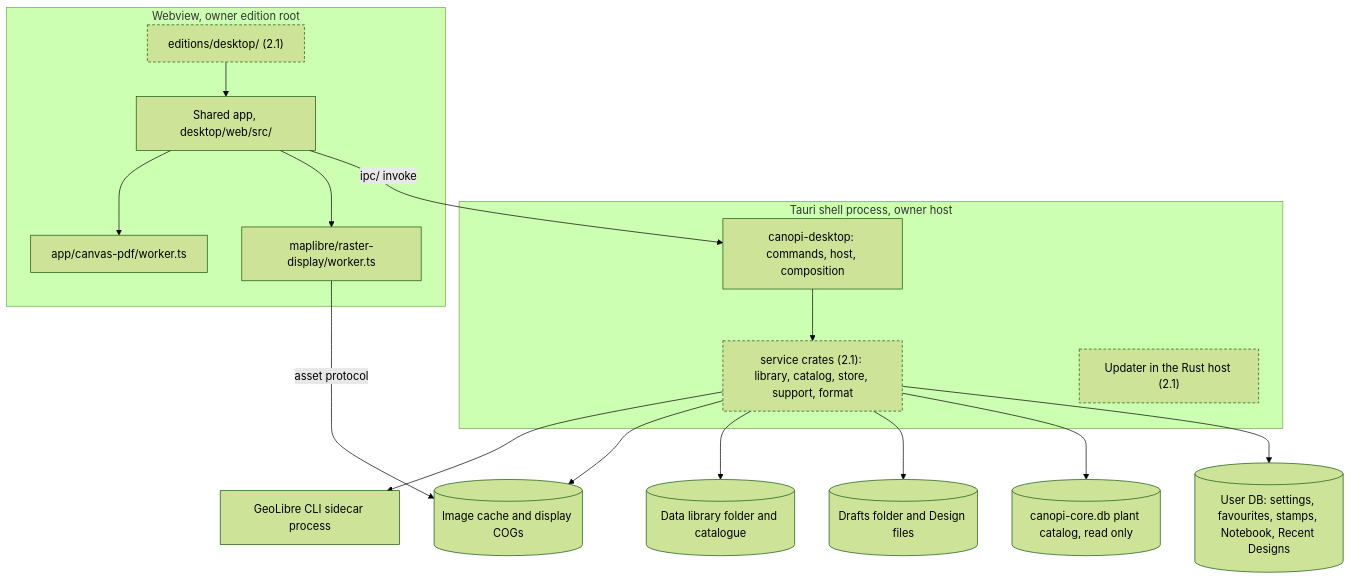
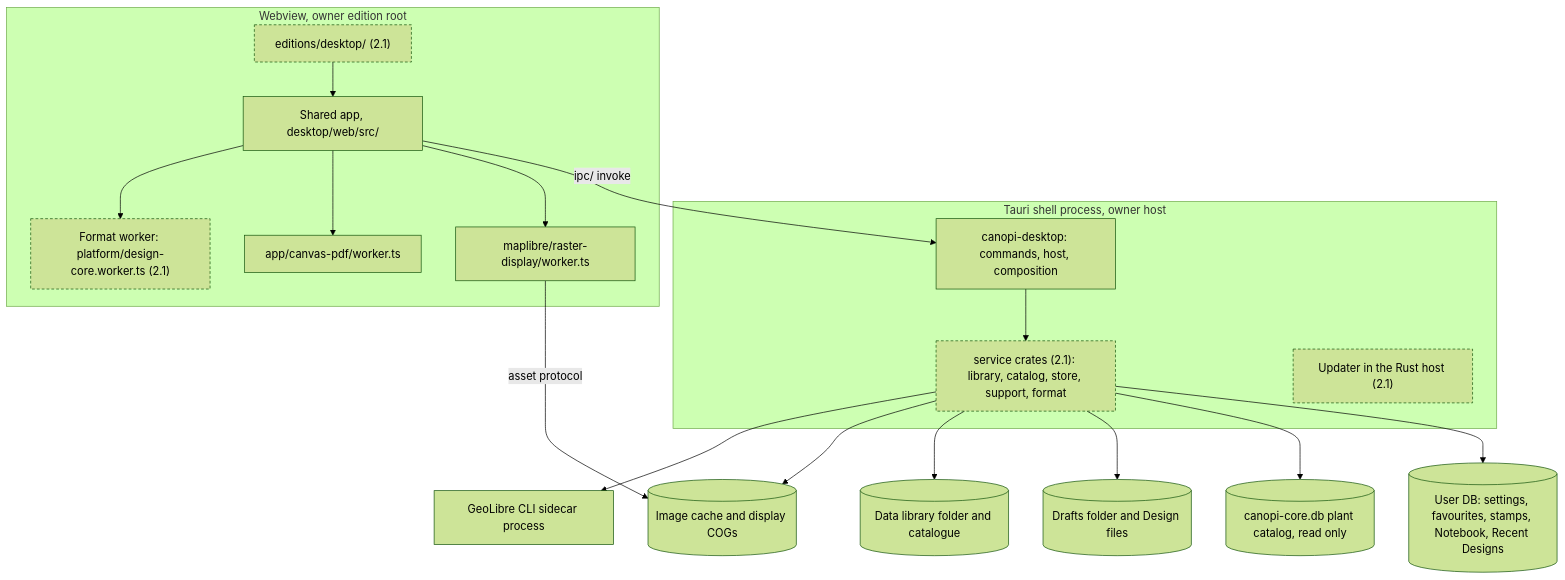
The second of 8 diagrams in docs/architecture/components.md (opencanopi/canopi), drawn with Mermaid (forest theme) before and after one commit. The commit also changed other lines of this file and 27 other files, not shown here.

Commit message:
docs: state the prototype outcomes in the architecture model and link it from AGENTS.md

````diff
--- a/docs/architecture/components.md
+++ b/docs/architecture/components.md
@@ -58,33 +58,35 @@
 ```mermaid
 flowchart TB
   classDef target stroke-dasharray: 4 3
   subgraph shell["Tauri shell process, owner host"]
     host["canopi-desktop: commands, host, composition"]
     svc["service crates (2.1): library, catalog, store, support, format"]:::target
     upd["Updater in the Rust host (2.1)"]:::target
   end
   subgraph webview["Webview, owner edition root"]
     root["editions/desktop/ (2.1)"]:::target
     app["Shared app, desktop/web/src/"]
     rw["maplibre/raster-display/worker.ts"]
     pw["app/canvas-pdf/worker.ts"]
+    fw["Format worker: platform/design-core.worker.ts (2.1)"]:::target
   end
   userdb[("User DB: settings, favourites, stamps, Notebook, Recent Designs")]
   plantdb[("canopi-core.db plant catalog, read only")]
   files[("Drafts folder and Design files")]
   lib[("Data library folder and catalogue")]
   cache[("Image cache and display COGs")]
   side["GeoLibre CLI sidecar process"]
   root --> app
   app -->|"ipc/ invoke"| host
   app --> rw
   app --> pw
+  app --> fw
   rw -->|"asset protocol"| cache
   host --> svc
   svc --> userdb
   svc --> plantdb
   svc --> files
   svc --> lib
   svc --> cache
   svc --> side
 ```
````
